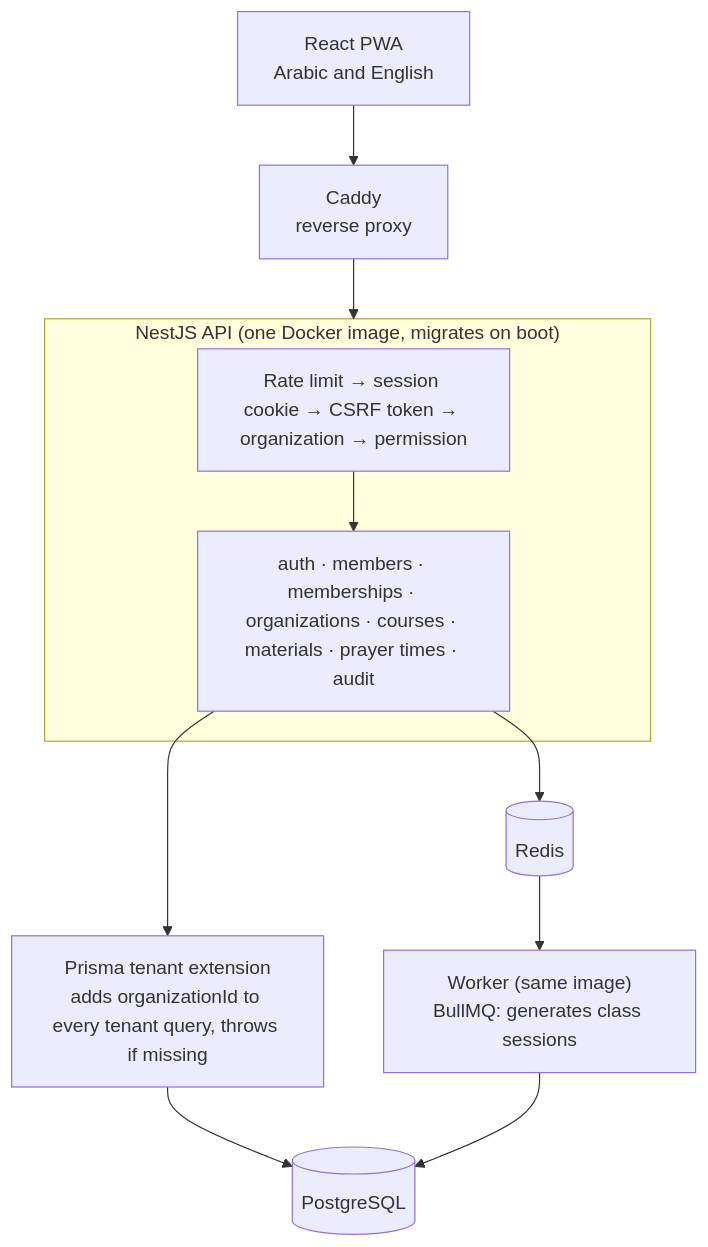
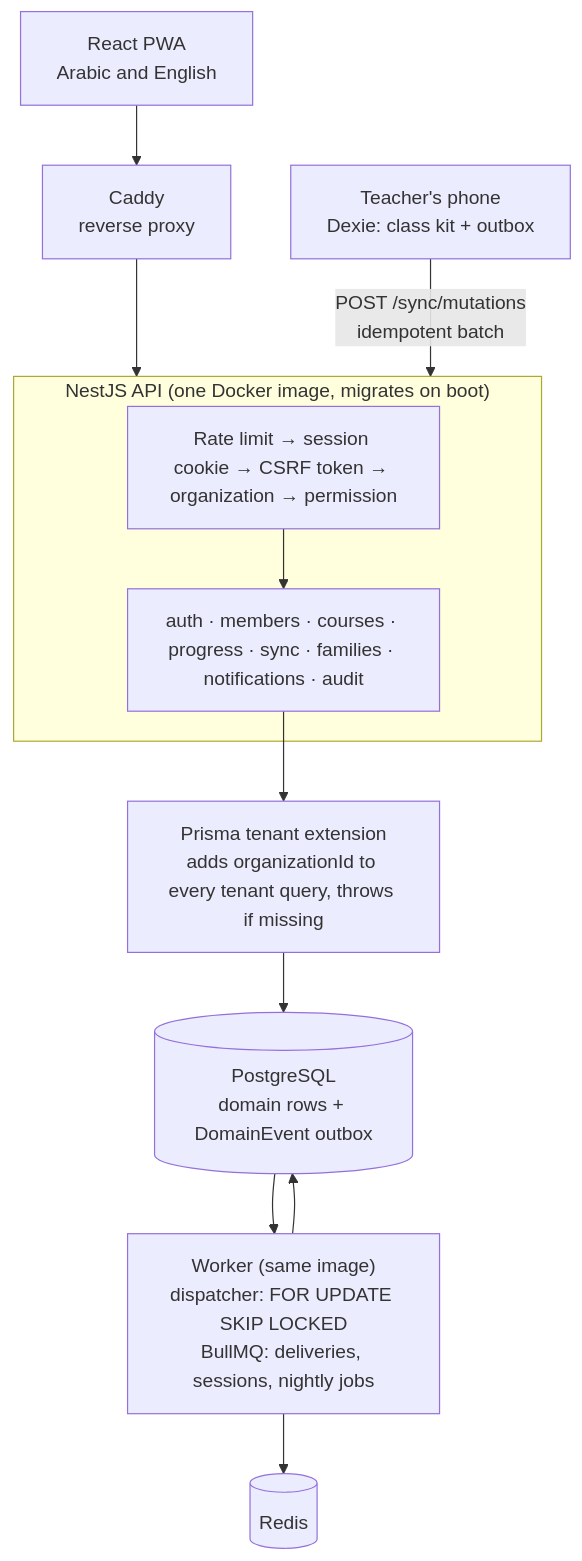
The diagram in README.md (Salad-man3/ribat), drawn with Mermaid before and after one commit. The commit also changed other lines of this file and 29 other files, not shown here.

````diff
--- a/README.md
+++ b/README.md
@@ -50,14 +80,15 @@
 ```mermaid
 flowchart TD
   PWA["React PWA<br/>Arabic and English"] --> Caddy["Caddy<br/>reverse proxy"]
   Caddy --> API
   subgraph API["NestJS API (one Docker image, migrates on boot)"]
     Guards["Rate limit → session cookie → CSRF token → organization → permission"]
-    Guards --> Modules["auth · members · memberships · organizations · courses · materials · prayer times · audit"]
+    Guards --> Modules["auth · members · courses · progress · sync · families · notifications · audit"]
   end
+  Phone["Teacher's phone<br/>Dexie: class kit + outbox"] -->|"POST /sync/mutations<br/>idempotent batch"| API
   Modules --> Ext["Prisma tenant extension<br/>adds organizationId to every tenant query, throws if missing"]
-  Ext --> PG[(PostgreSQL)]
-  Modules --> Redis[(Redis)]
-  Redis --> Worker["Worker (same image)<br/>BullMQ: generates class sessions"]
+  Ext --> PG[(PostgreSQL<br/>domain rows + DomainEvent outbox)]
+  PG --> Worker["Worker (same image)<br/>dispatcher: FOR UPDATE SKIP LOCKED<br/>BullMQ: deliveries, sessions, nightly jobs"]
+  Worker --> Redis[(Redis)]
   Worker --> PG
 ```
````
